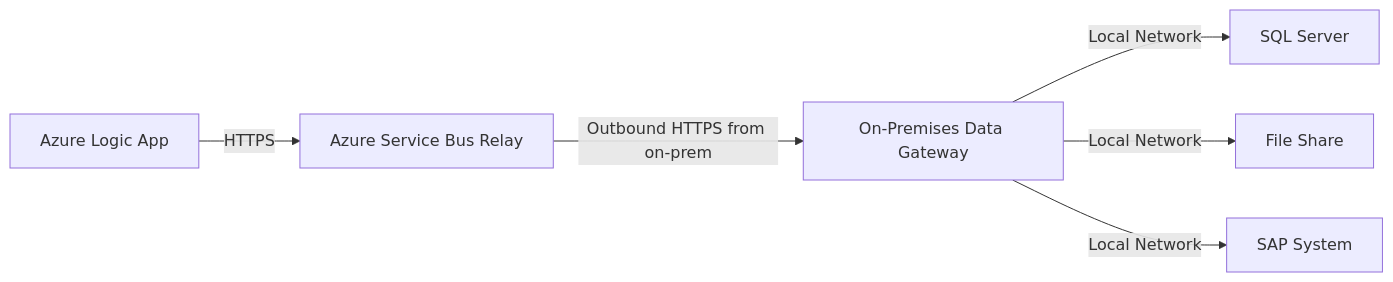
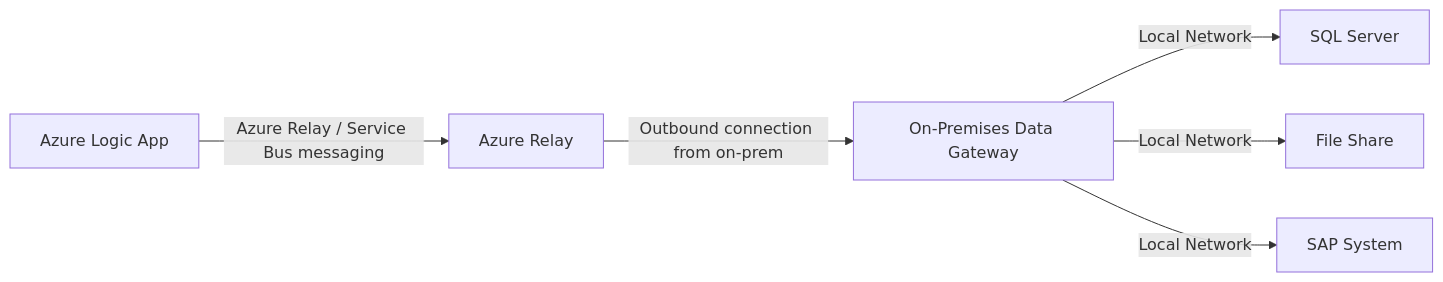
Before and after one commit to OneUptime/blog: the diagram in posts/2026-02-16-how-to-connect-azure-logic-apps-to-on-premises-systems-using-the-data-gateway/README.md, drawn with Mermaid. The commit also changed other lines of this file and 2 other files, not shown here.

Commit message:
validate: 2026-02-16-how-to-connect-azure-logic-apps-to-on-premises-systems-using-the-data-gateway

````diff
--- a/posts/2026-02-16-how-to-connect-azure-logic-apps-to-on-premises-systems-using-the-data-gateway/README.md
+++ b/posts/2026-02-16-how-to-connect-azure-logic-apps-to-on-premises-systems-using-the-data-gateway/README.md
@@ -19,8 +19,8 @@
 ```mermaid
 graph LR
-    A[Azure Logic App] -->|HTTPS| B[Azure Service Bus Relay]
-    B -->|Outbound HTTPS from on-prem| C[On-Premises Data Gateway]
+    A[Azure Logic App] -->|Azure Relay / Service Bus messaging| B[Azure Relay]
+    B -->|Outbound connection from on-prem| C[On-Premises Data Gateway]
     C -->|Local Network| D[SQL Server]
     C -->|Local Network| E[File Share]
     C -->|Local Network| F[SAP System]
 ```
````
